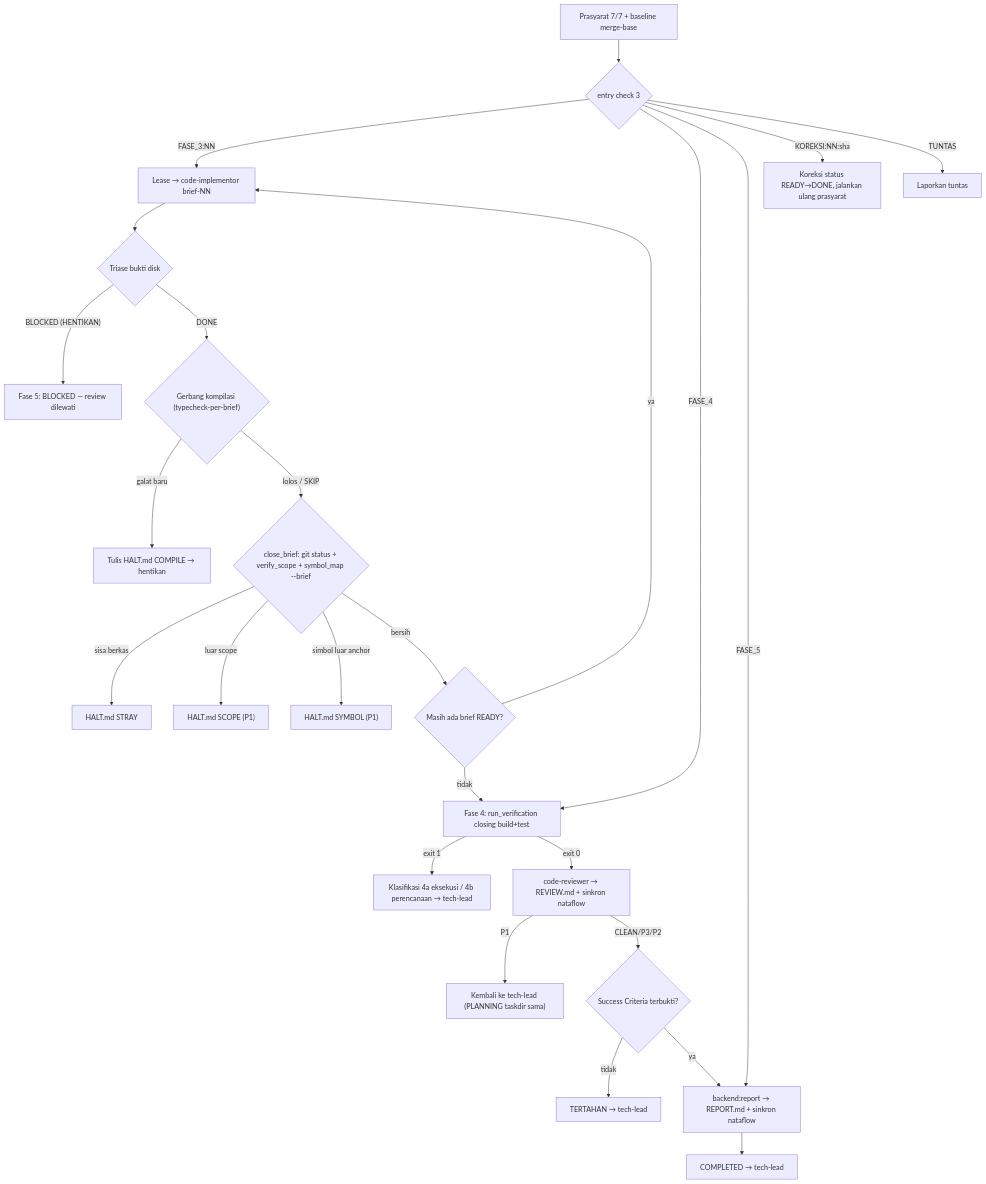
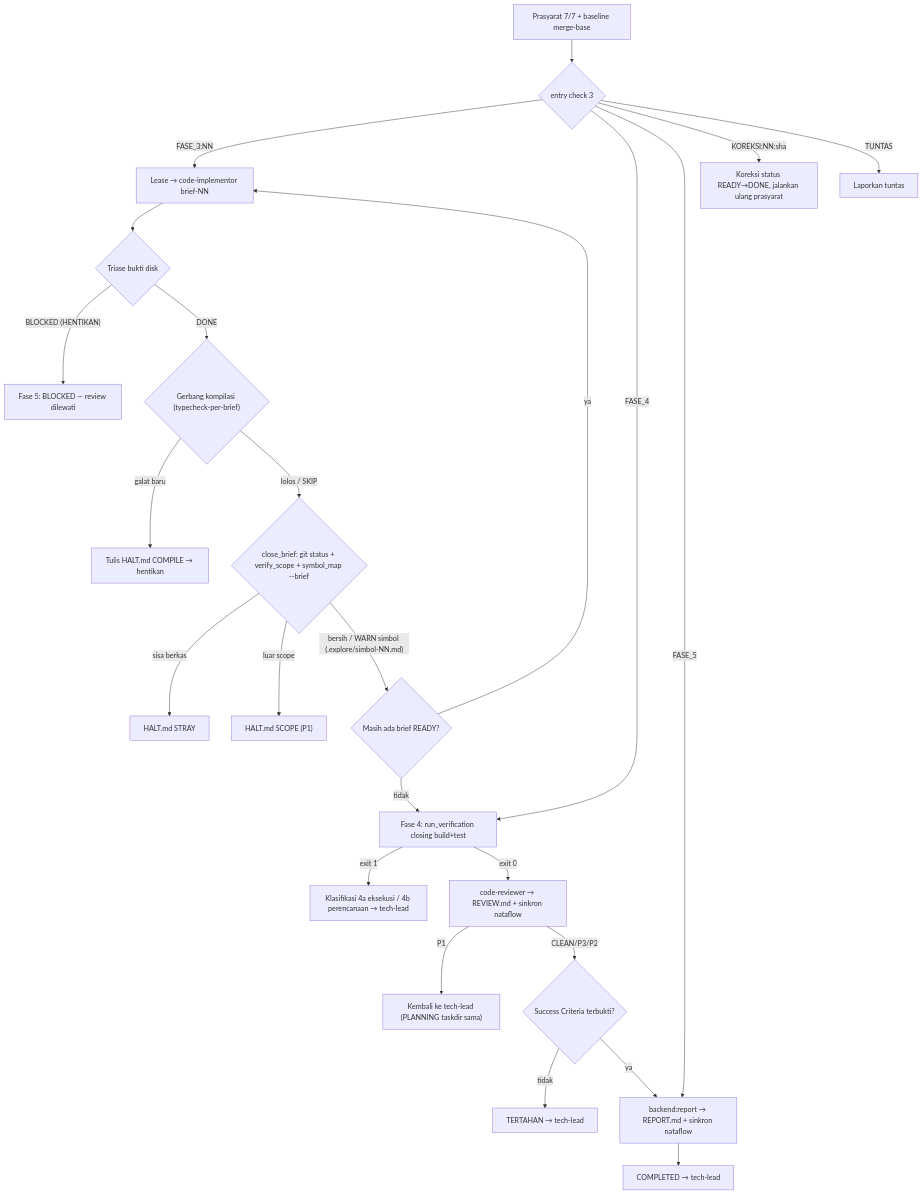
One commit to nataflow/agentic-workflow changed the fifth of 7 diagrams in flow/backend.md. Above: the diagram before and after it, drawn with Mermaid. The commit also changed other lines of this file and 38 other files, not shown here.

First line of the commit message:
feat(backend,frontend): simbol di luar anchor jadi peringatan, journey longgar, baca .md lewat skrip, peta skrip (B1, B2, B3, B10)

````diff
--- a/flow/backend.md
+++ b/flow/backend.md
@@ -374,27 +374,26 @@
 ```mermaid
 flowchart TD
     P["Prasyarat 7/7 + baseline merge-base"] --> T{"entry check 3"}
     T -->|"FASE_3:NN"| L0
     T -->|FASE_4| V
     T -->|FASE_5| RPT
     T -->|"KOREKSI:NN:sha"| K["Koreksi status READY→DONE, jalankan ulang prasyarat"]
     T -->|TUNTAS| DONEX["Laporkan tuntas"]
     L0["Lease → code-implementor brief-NN"] --> TR{"Triase bukti disk"}
     TR -->|"BLOCKED (HENTIKAN)"| F5B["Fase 5: BLOCKED — review dilewati"]
     TR -->|DONE| CG{"Gerbang kompilasi (typecheck-per-brief)"}
     CG -->|"galat baru"| HALT["Tulis HALT.md COMPILE → hentikan"]
     CG -->|"lolos / SKIP"| VS{"close_brief: git status + verify_scope + symbol_map --brief"}
     VS -->|"sisa berkas"| HS["HALT.md STRAY"]
     VS -->|"luar scope"| HSC["HALT.md SCOPE (P1)"]
-    VS -->|"simbol luar anchor"| HSY["HALT.md SYMBOL (P1)"]
-    VS -->|"bersih"| NX{"Masih ada brief READY?"}
+    VS -->|"bersih / WARN simbol (.explore/simbol-NN.md)"| NX{"Masih ada brief READY?"}
     NX -->|ya| L0
     NX -->|tidak| V["Fase 4: run_verification closing build+test"]
     V -->|"exit 1"| F4["Klasifikasi 4a eksekusi / 4b perencanaan → tech-lead"]
     V -->|"exit 0"| CR["code-reviewer → REVIEW.md + sinkron nataflow"]
     CR -->|P1| RTL["Kembali ke tech-lead (PLANNING taskdir sama)"]
     CR -->|"CLEAN/P3/P2"| SCG{"Success Criteria terbukti?"}
     SCG -->|tidak| TT["TERTAHAN → tech-lead"]
     SCG -->|ya| RPT["backend:report → REPORT.md + sinkron nataflow"]
     RPT --> OK["COMPLETED → tech-lead"]
 ```
````
